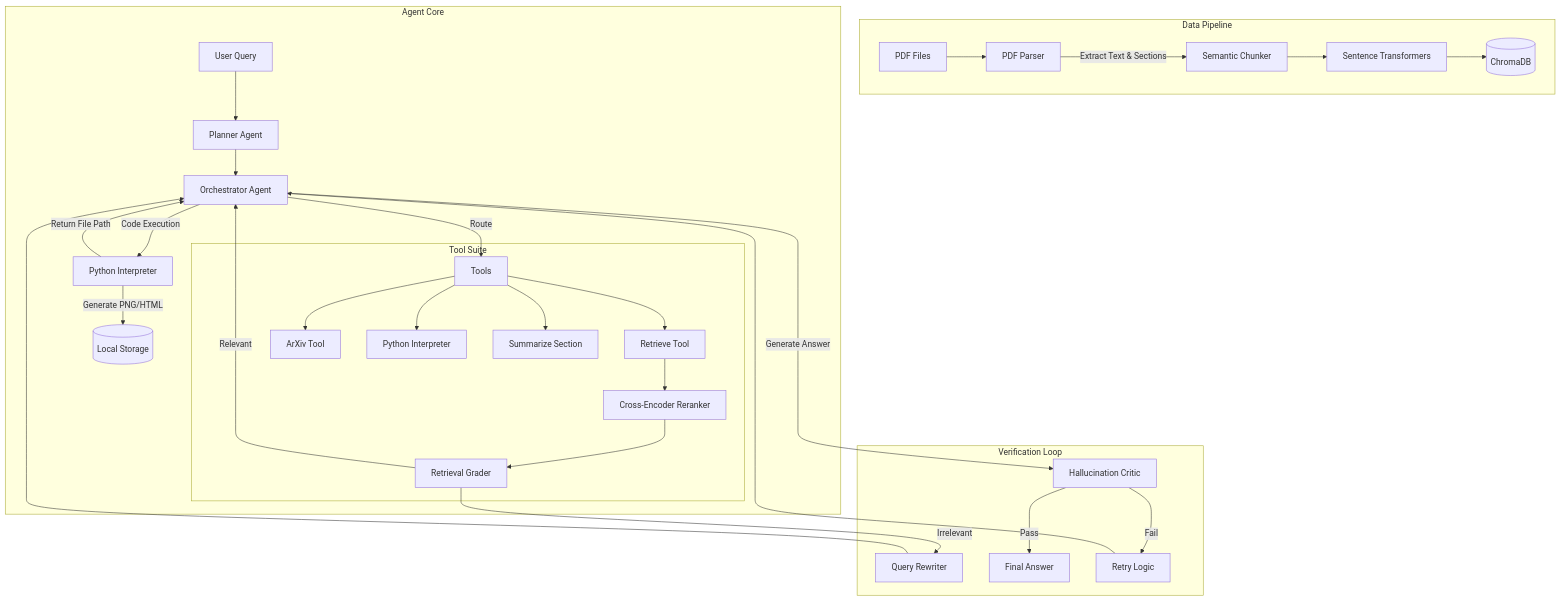
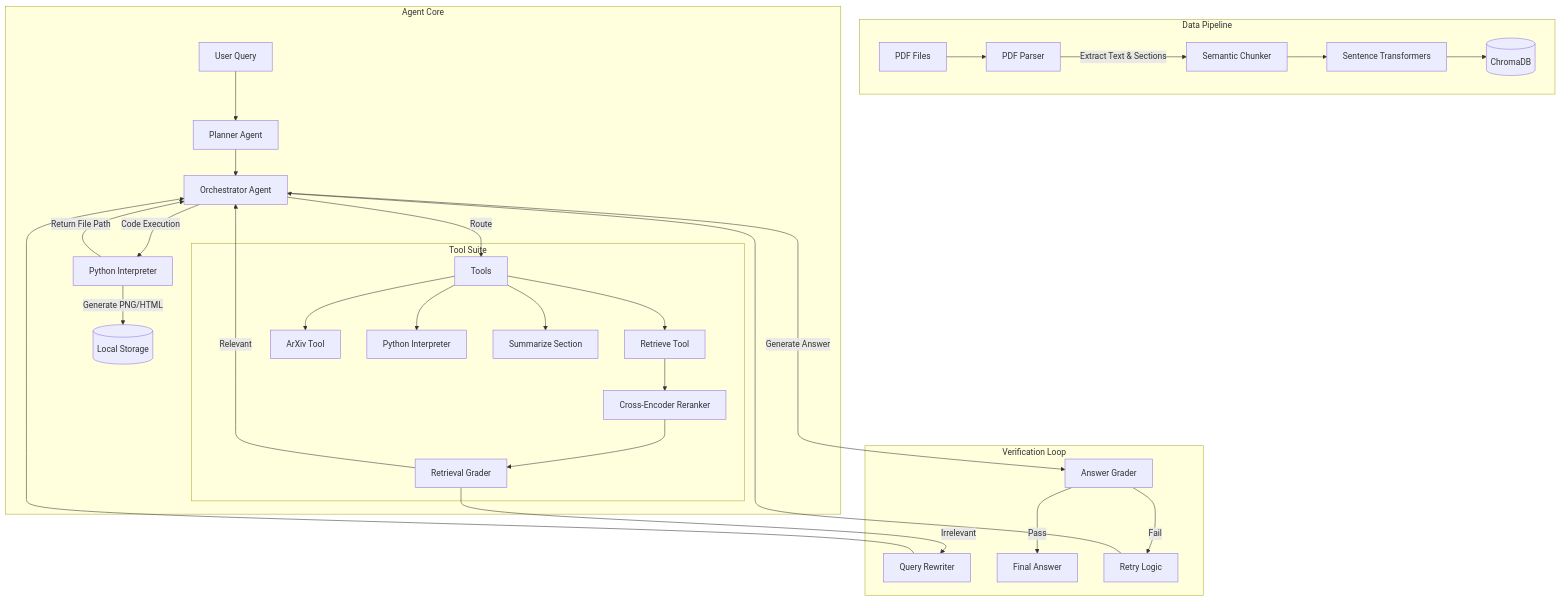
Before and after one commit to dineshmc1/rag-based-research-paper-assistant: the first of 2 diagrams in README.md, drawn with Mermaid. The commit also changed other lines of this file, not shown here.

````diff
--- a/README.md
+++ b/README.md
@@ -36,40 +35,40 @@
 ```mermaid
 graph TD
     subgraph "Data Pipeline"
         PDF[PDF Files] --> Parser[PDF Parser]
         Parser --> |Extract Text & Sections| Chunker[Semantic Chunker]
         Chunker --> Embedding[Sentence Transformers]
         Embedding --> VectorDB[(ChromaDB)]
     end
 
     subgraph "Agent Core"
         User[User Query] --> Planner[Planner Agent]
         Planner --> Orchestrator[Orchestrator Agent]
         Orchestrator --> |Route| Tools
         
         Orchestrator --> |Code Execution| PythonTool[Python Interpreter]
         PythonTool --> |Generate PNG/HTML| Disk[(Local Storage)]
         PythonTool --> |Return File Path| Orchestrator
         
         subgraph "Tool Suite"
             Tools --> RAG[Retrieve Tool]
             Tools --> Arxiv[ArXiv Tool]
             Tools --> Nitrogen[Python Interpreter]
             Tools --> Sum[Summarize Section]
             
             RAG --> Rerank[Cross-Encoder Reranker]
             Rerank --> Grader1[Retrieval Grader]
         end
     end
 
     subgraph "Verification Loop"
         Grader1 --> |Relevant| Orchestrator
         Grader1 --> |Irrelevant| Rewrite[Query Rewriter]
         Rewrite --> Orchestrator
         
-        Orchestrator --> |Generate Answer| Verifier[Hallucination Critic]
-        Verifier --> |Pass| Final[Final Answer]
-        Verifier --> |Fail| Loop[Retry Logic]
+        Orchestrator --> |Generate Answer| Check[Answer Grader]
+        Check --> |Pass| Final[Final Answer]
+        Check --> |Fail| Loop[Retry Logic]
         Loop --> Orchestrator
     end
 ```
````
